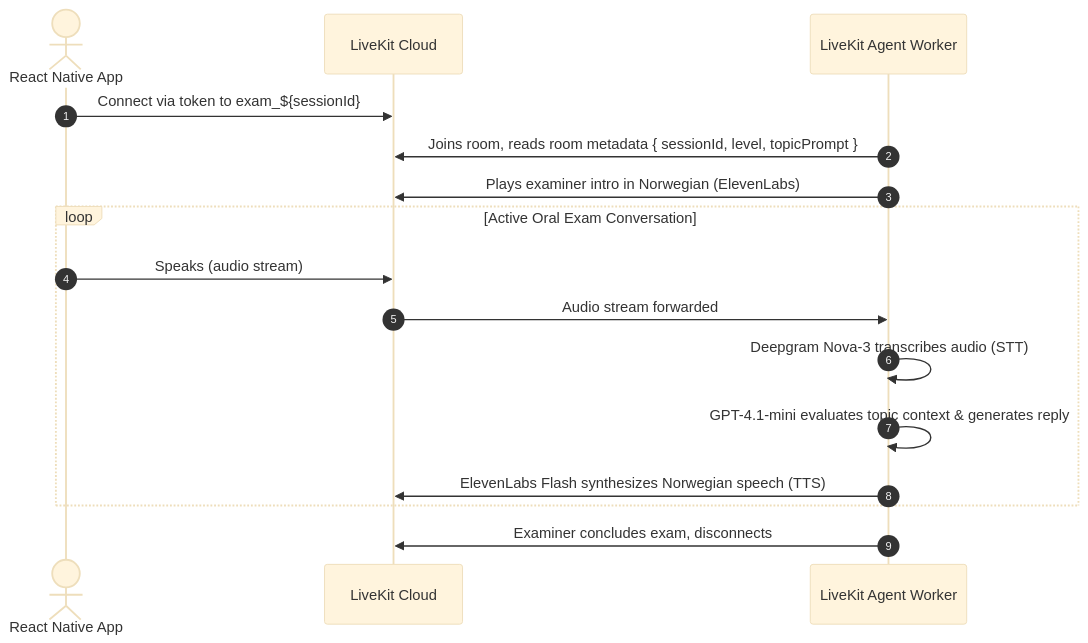
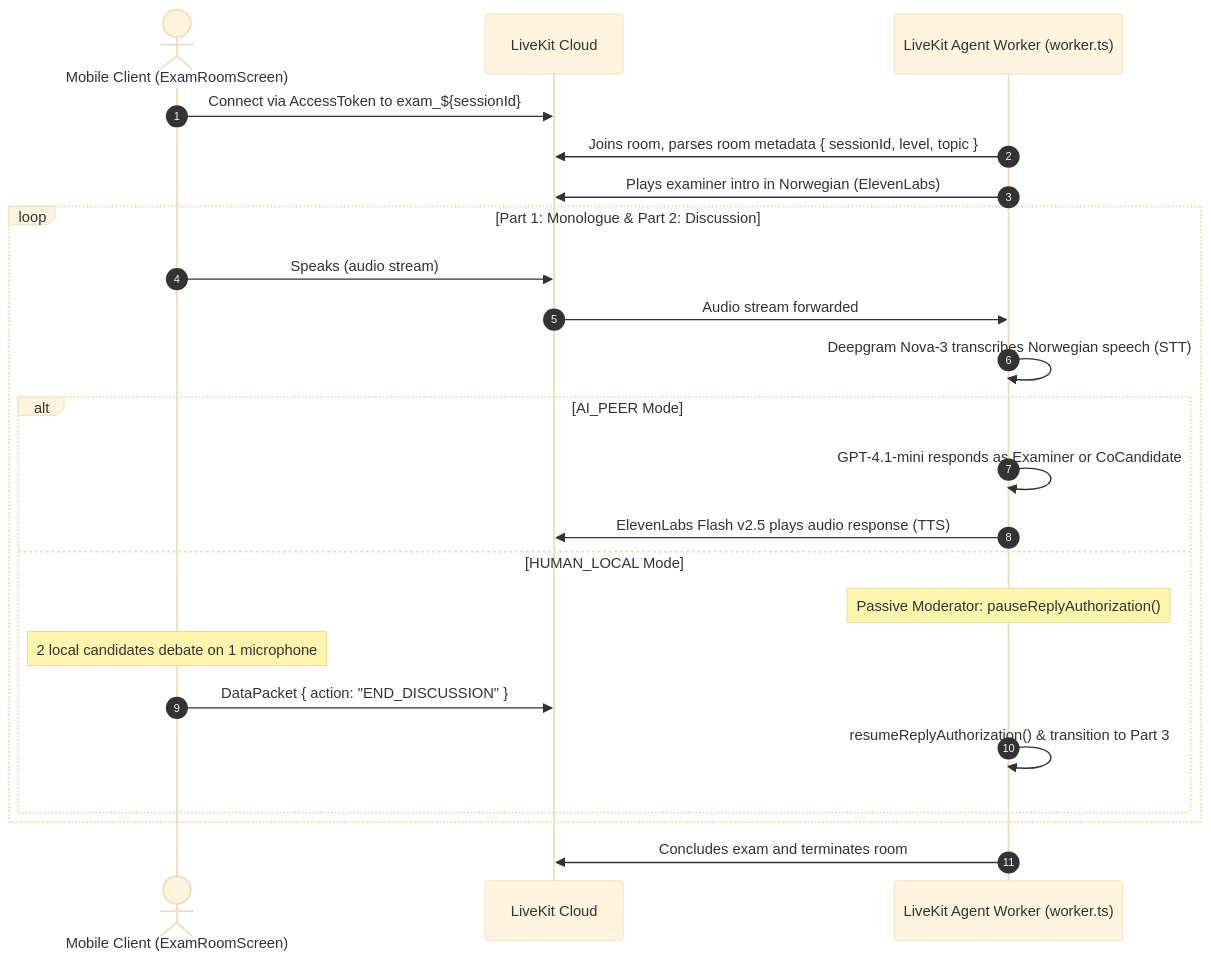
One commit to mujtabanaqvi/norsk-app changed the second of 3 diagrams in docs/ARCHITECTURE.md. Above: the diagram before and after it, drawn with Mermaid (base theme). The commit also changed other lines of this file and 13 other files, not shown here.

````diff
--- a/docs/ARCHITECTURE.md
+++ b/docs/ARCHITECTURE.md
@@ -77,19 +87,26 @@
 ```mermaid
 sequenceDiagram
     autonumber
-    actor Candidate as React Native App
+    actor Candidate as Mobile Client (ExamRoomScreen)
     participant LiveKit as LiveKit Cloud
-    participant Agent as LiveKit Agent Worker
+    participant Agent as LiveKit Agent Worker (worker.ts)
 
-    Candidate->>LiveKit: Connect via token to exam_${sessionId}
-    Agent->>LiveKit: Joins room, reads room metadata { sessionId, level, topicPrompt }
+    Candidate->>LiveKit: Connect via AccessToken to exam_${sessionId}
+    Agent->>LiveKit: Joins room, parses room metadata { sessionId, level, topic }
     Agent->>LiveKit: Plays examiner intro in Norwegian (ElevenLabs)
-    loop Active Oral Exam Conversation
+    loop Part 1: Monologue & Part 2: Discussion
         Candidate->>LiveKit: Speaks (audio stream)
         LiveKit->>Agent: Audio stream forwarded
-        Agent->>Agent: Deepgram Nova-3 transcribes audio (STT)
-        Agent->>Agent: GPT-4.1-mini evaluates topic context & generates reply
-        Agent->>LiveKit: ElevenLabs Flash synthesizes Norwegian speech (TTS)
+        Agent->>Agent: Deepgram Nova-3 transcribes Norwegian speech (STT)
+        alt AI_PEER Mode
+            Agent->>Agent: GPT-4.1-mini responds as Examiner or CoCandidate
+            Agent->>LiveKit: ElevenLabs Flash v2.5 plays audio response (TTS)
+        else HUMAN_LOCAL Mode
+            Note over Agent: Passive Moderator: pauseReplyAuthorization()
+            Note over Candidate: 2 local candidates debate on 1 microphone
+            Candidate->>LiveKit: DataPacket { action: "END_DISCUSSION" }
+            Agent->>Agent: resumeReplyAuthorization() & transition to Part 3
+        end
     end
-    Agent->>LiveKit: Examiner concludes exam, disconnects
+    Agent->>LiveKit: Concludes exam and terminates room
 ```
````
